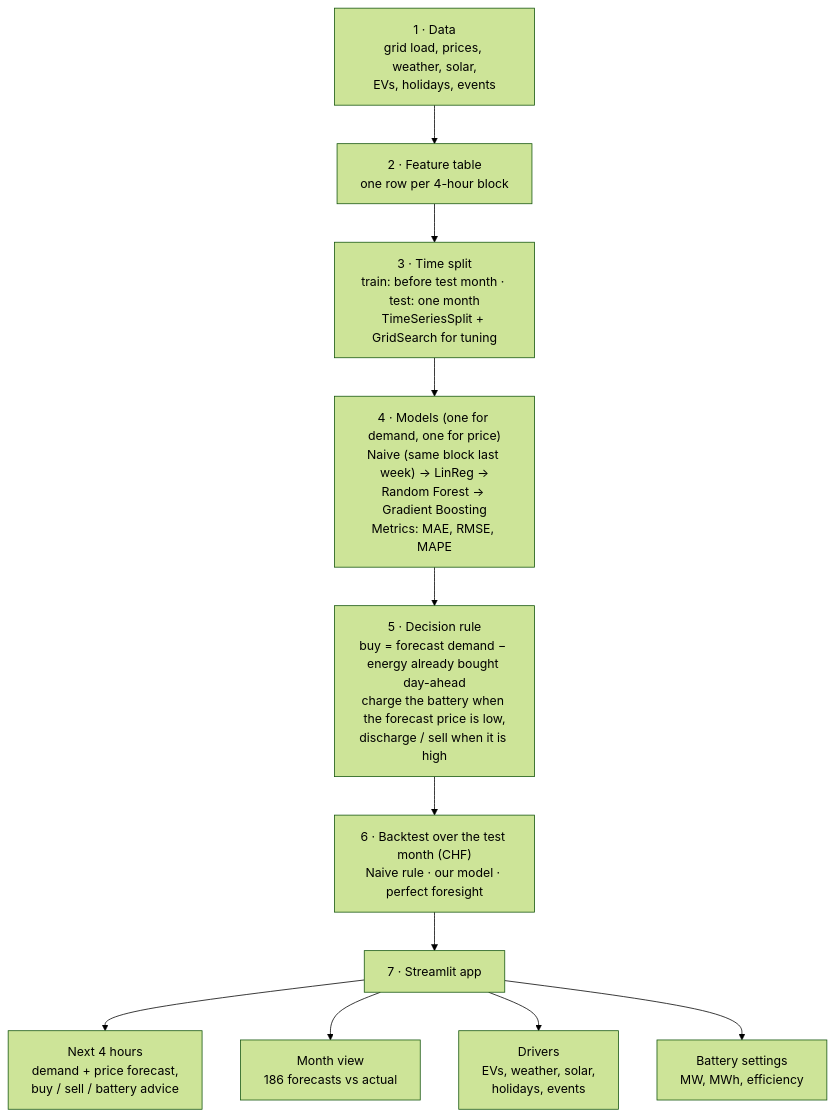
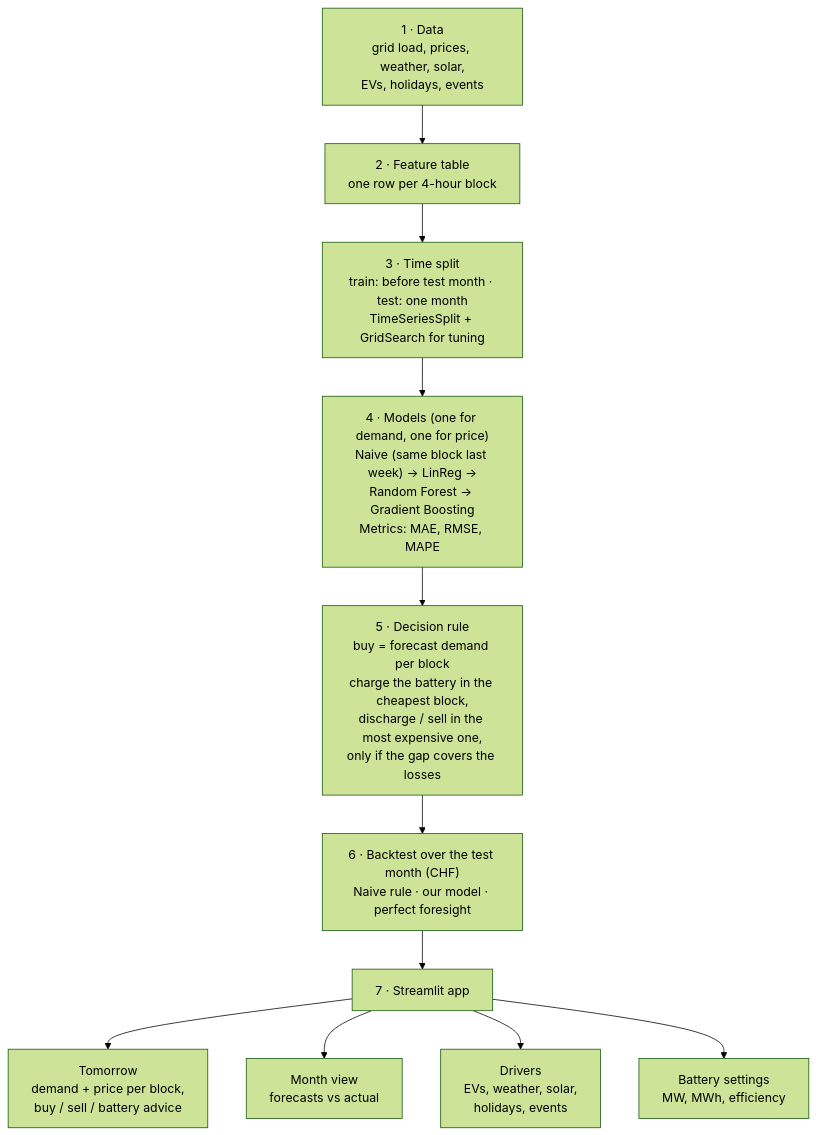
Before and after one commit to nicolasgarbea-lang/Data-analysis-and-processes: the second of 2 diagrams in day_ahead_planning.md, drawn with Mermaid (forest theme). The commit also changed other lines of this file and 1 other file, not shown here.

First line of the commit message:
Forecast once a day at 11:00 for tomorrow's day-ahead auction (v5)

````diff
--- a/day_ahead_planning.md
+++ b/day_ahead_planning.md
@@ -69,13 +70,13 @@
 ```mermaid
 flowchart TD
     D["1 · Data<br/>grid load, prices, weather, solar,<br/>EVs, holidays, events"] --> F["2 · Feature table<br/>one row per 4-hour block"]
     F --> S["3 · Time split<br/>train: before test month · test: one month<br/>TimeSeriesSplit + GridSearch for tuning"]
     S --> M["4 · Models (one for demand, one for price)<br/>Naive (same block last week) → LinReg →<br/>Random Forest → Gradient Boosting<br/>Metrics: MAE, RMSE, MAPE"]
-    M --> R["5 · Decision rule<br/>buy = forecast demand − energy already bought day-ahead<br/>charge the battery when the forecast price is low,<br/>discharge / sell when it is high"]
+    M --> R["5 · Decision rule<br/>buy = forecast demand per block<br/>charge the battery in the cheapest block,<br/>discharge / sell in the most expensive one,<br/>only if the gap covers the losses"]
     R --> E["6 · Backtest over the test month (CHF)<br/>Naive rule · our model · perfect foresight"]
     E --> APP["7 · Streamlit app"]
-    APP --> T1["Next 4 hours<br/>demand + price forecast,<br/>buy / sell / battery advice"]
-    APP --> T2["Month view<br/>186 forecasts vs actual"]
+    APP --> T1["Tomorrow<br/>demand + price per block,<br/>buy / sell / battery advice"]
+    APP --> T2["Month view<br/>forecasts vs actual"]
     APP --> T3["Drivers<br/>EVs, weather, solar,<br/>holidays, events"]
     APP --> T4["Battery settings<br/>MW, MWh, efficiency"]
 ```
````
